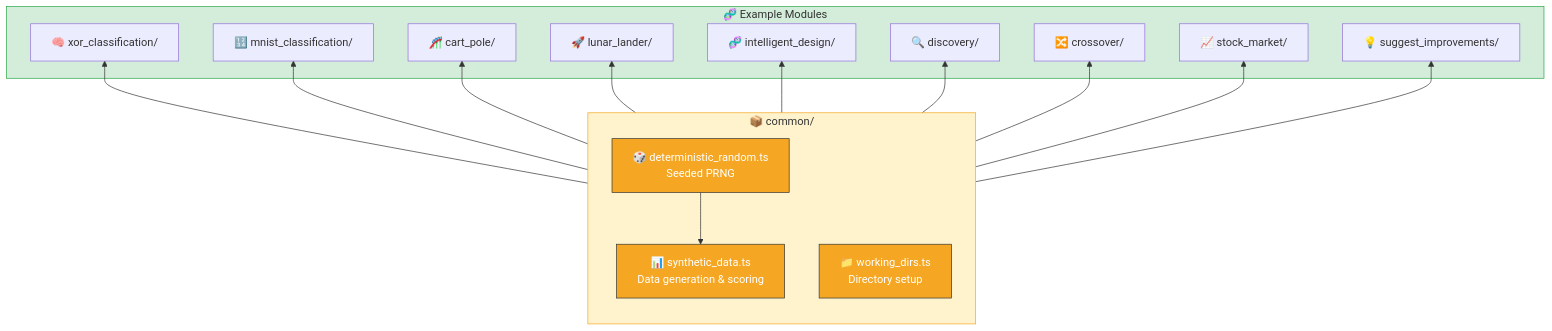
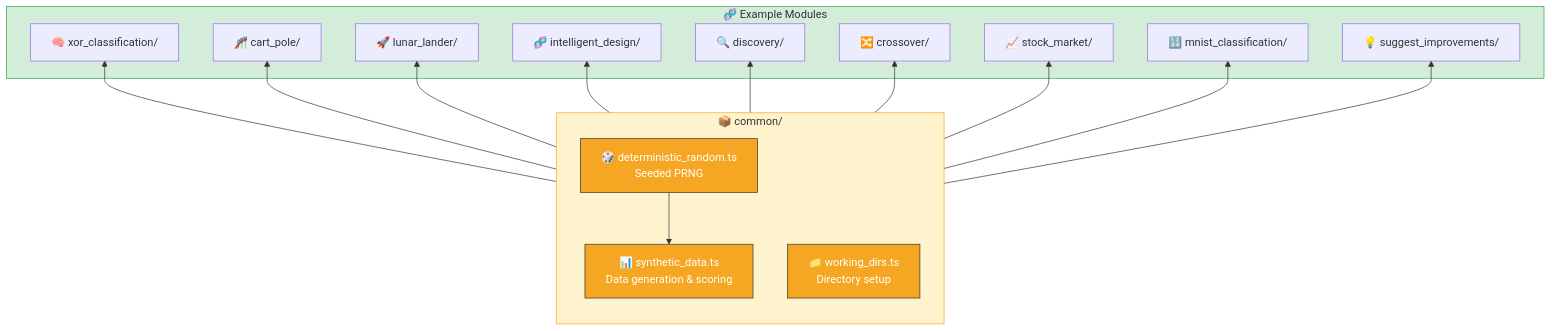
The second of 4 diagrams in README.md (stSoftwareAU/NEAT-AI-Examples), drawn with Mermaid before and after one commit. The commit also changed other lines of this file and 10 other files, not shown here.

First line of the commit message:
Add MNIST handwritten-digit classification example (#77)

````diff
--- a/README.md
+++ b/README.md
@@ -121,37 +122,37 @@
 ```mermaid
 flowchart BT
     subgraph common ["📦 common/"]
         RNG["🎲 deterministic_random.ts<br/>Seeded PRNG"]
         DATA["📊 synthetic_data.ts<br/>Data generation & scoring"]
         DIRS["📁 working_dirs.ts<br/>Directory setup"]
     end
 
     subgraph examples ["🧬 Example Modules"]
         XOR["🧠 xor_classification/"]
-        MNIST["🔢 mnist_classification/"]
         CART["🎢 cart_pole/"]
         LUNAR["🚀 lunar_lander/"]
         ID["🧬 intelligent_design/"]
         DISC["🔍 discovery/"]
         CROSS["🔀 crossover/"]
         STOCK["📈 stock_market/"]
+        MNIST["🔢 mnist_classification/"]
         SUGGEST["💡 suggest_improvements/"]
     end
 
     RNG --> DATA
     common --> XOR
-    common --> MNIST
     common --> CART
     common --> LUNAR
     common --> ID
     common --> DISC
     common --> CROSS
     common --> STOCK
+    common --> MNIST
     common --> SUGGEST
 
     style common fill:#fff3cd,stroke:#f5a623,color:#333
     style examples fill:#d4edda,stroke:#28a745,color:#333
     style RNG fill:#f5a623,stroke:#333,color:#fff
     style DATA fill:#f5a623,stroke:#333,color:#fff
     style DIRS fill:#f5a623,stroke:#333,color:#fff
 ```
````
